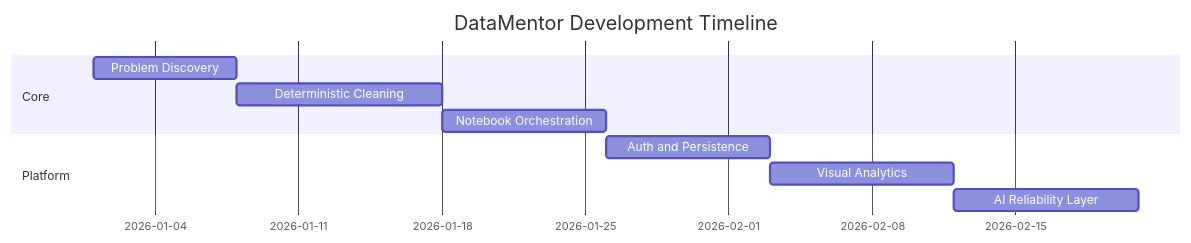
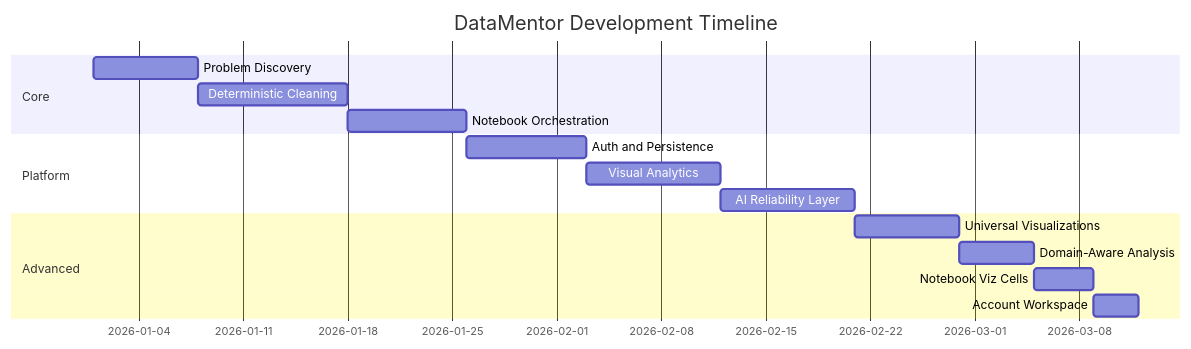
One commit to ANIS151993/Notebook-Studio changed the second of 2 diagrams in README.md. Above: the diagram before and after it, drawn with Mermaid. The commit also changed other lines of this file and 4 other files, not shown here.

````diff
--- a/README.md
+++ b/README.md
@@ -192,13 +255,18 @@
 ```mermaid
 gantt
     title DataMentor Development Timeline
     dateFormat  YYYY-MM-DD
     section Core
     Problem Discovery            :a1, 2026-01-01, 7d
     Deterministic Cleaning       :a2, after a1, 10d
     Notebook Orchestration       :a3, after a2, 8d
     section Platform
     Auth and Persistence         :b1, after a3, 8d
     Visual Analytics             :b2, after b1, 9d
     AI Reliability Layer         :b3, after b2, 9d
+    section Advanced
+    Universal Visualizations     :c1, after b3, 7d
+    Domain-Aware Analysis        :c2, after c1, 5d
+    Notebook Viz Cells           :c3, after c2, 4d
+    Account Workspace            :c4, after c3, 3d
 ```
````
